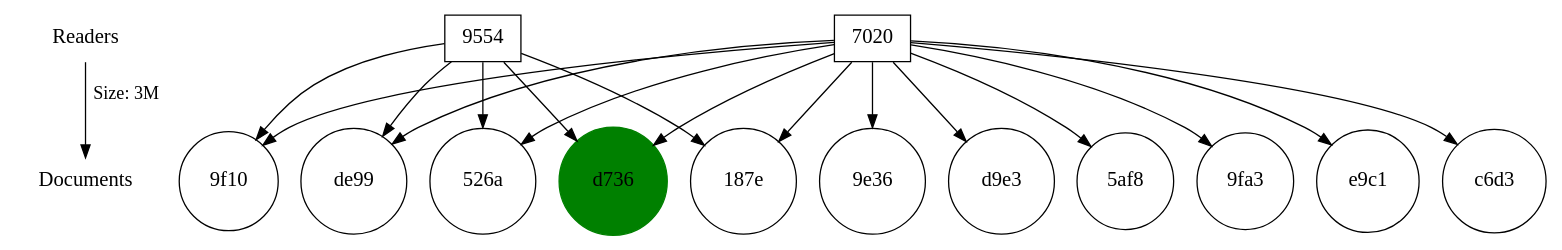
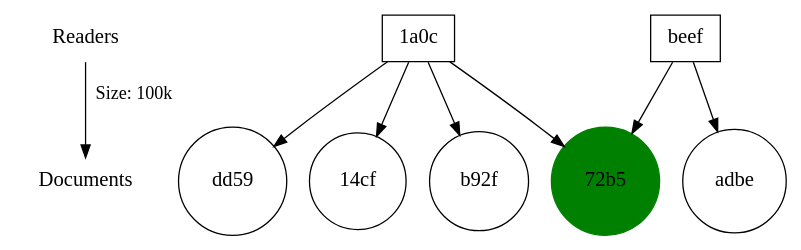
Before and after one commit to duncstin/F21SC_Coursework2: the diagram in test-output.gv, drawn with Graphviz. The commit also changed 9 other files, not shown here.

```diff
--- a/test-output.gv
+++ b/test-output.gv
@@ -1,40 +1,20 @@
 digraph "Also likes" {
 	node [fontsize=16 shape=plaintext]
 	r [label=Readers]
 	d [label=Documents]
-	r -> d [label="Size: 3M"]
-	9554 [label=9554 rank=r shape=box]
-	"9f10" [label="9f10" rank=d shape=circle]
-	9554 -> "9f10"
-	de99 [label=de99 rank=d shape=circle]
-	9554 -> de99
-	"526a" [label="526a" rank=d shape=circle]
-	9554 -> "526a"
-	d736 [label=d736 color=green rank=d shape=circle style=filled]
-	9554 -> d736
-	"187e" [label="187e" rank=d shape=circle]
-	9554 -> "187e"
-	7020 [label=7020 rank=r shape=box]
-	"9e36" [label="9e36" rank=d shape=circle]
-	7020 -> "9e36"
-	de99 [label=de99 rank=d shape=circle]
-	7020 -> de99
-	"9f10" [label="9f10" rank=d shape=circle]
-	7020 -> "9f10"
-	d9e3 [label=d9e3 rank=d shape=circle]
-	7020 -> d9e3
-	"526a" [label="526a" rank=d shape=circle]
-	7020 -> "526a"
-	"5af8" [label="5af8" rank=d shape=circle]
-	7020 -> "5af8"
-	"9fa3" [label="9fa3" rank=d shape=circle]
-	7020 -> "9fa3"
-	d736 [label=d736 color=green rank=d shape=circle style=filled]
-	7020 -> d736
-	e9c1 [label=e9c1 rank=d shape=circle]
-	7020 -> e9c1
-	c6d3 [label=c6d3 rank=d shape=circle]
-	7020 -> c6d3
-	"187e" [label="187e" rank=d shape=circle]
-	7020 -> "187e"
+	r -> d [label="Size: 100k"]
+	"1a0c" [label="1a0c" rank=r shape=box]
+	"72b5" [label="72b5" color=green rank=d shape=circle style=filled]
+	"1a0c" -> "72b5"
+	b92f [label=b92f rank=d shape=circle]
+	"1a0c" -> b92f
+	dd59 [label=dd59 rank=d shape=circle]
+	"1a0c" -> dd59
+	"14cf" [label="14cf" rank=d shape=circle]
+	"1a0c" -> "14cf"
+	beef [label=beef rank=r shape=box]
+	"72b5" [label="72b5" color=green rank=d shape=circle style=filled]
+	beef -> "72b5"
+	adbe [label=adbe rank=d shape=circle]
+	beef -> adbe
 }
```
